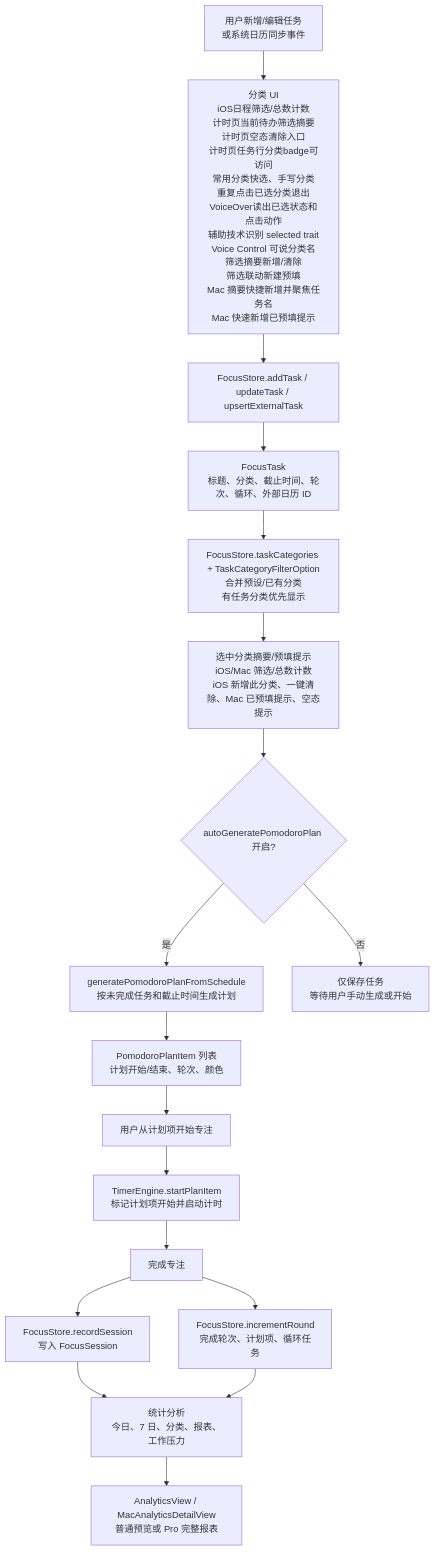
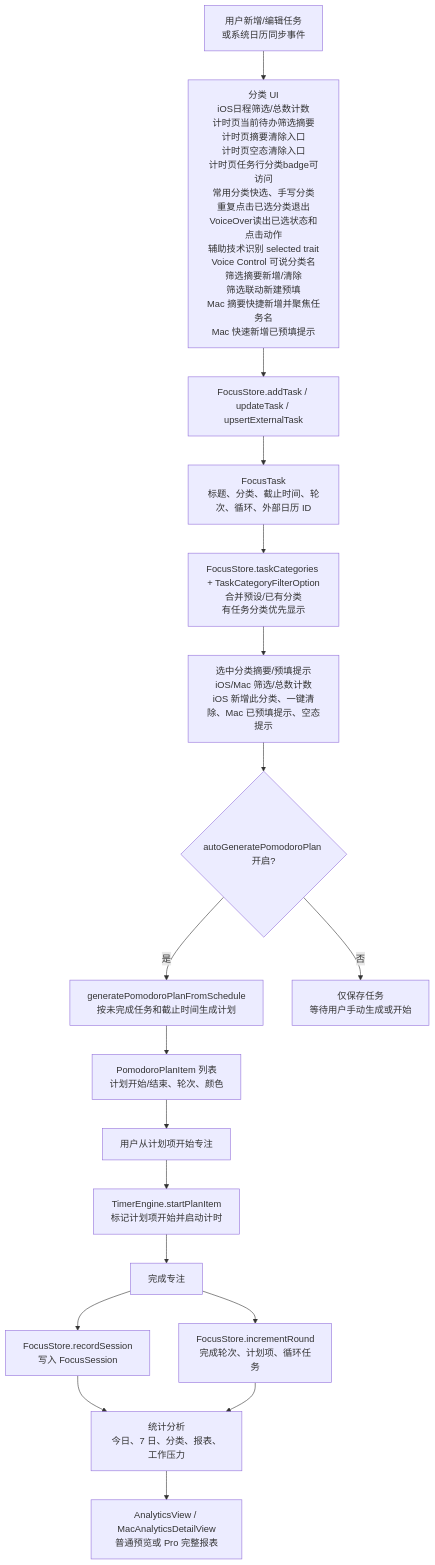
Before and after one commit to Altman-sam114/114: the third of 6 diagrams in md/flow/flowchart.md, drawn with Mermaid. The commit also changed other lines of this file and 7 other files, not shown here.

````diff
--- a/md/flow/flowchart.md
+++ b/md/flow/flowchart.md
@@ -63,20 +63,20 @@
 ```mermaid
 flowchart TD
-  A["用户新增/编辑任务<br/>或系统日历同步事件"] --> P0["分类 UI<br/>iOS日程筛选/总数计数<br/>计时页当前待办筛选摘要<br/>计时页空态清除入口<br/>计时页任务行分类badge可访问<br/>常用分类快选、手写分类<br/>重复点击已选分类退出<br/>VoiceOver读出已选状态和点击动作<br/>辅助技术识别 selected trait<br/>Voice Control 可说分类名<br/>筛选摘要新增/清除<br/>筛选联动新建预填<br/>Mac 摘要快捷新增并聚焦任务名<br/>Mac 快速新增已预填提示"]
+  A["用户新增/编辑任务<br/>或系统日历同步事件"] --> P0["分类 UI<br/>iOS日程筛选/总数计数<br/>计时页当前待办筛选摘要<br/>计时页摘要清除入口<br/>计时页空态清除入口<br/>计时页任务行分类badge可访问<br/>常用分类快选、手写分类<br/>重复点击已选分类退出<br/>VoiceOver读出已选状态和点击动作<br/>辅助技术识别 selected trait<br/>Voice Control 可说分类名<br/>筛选摘要新增/清除<br/>筛选联动新建预填<br/>Mac 摘要快捷新增并聚焦任务名<br/>Mac 快速新增已预填提示"]
   P0 --> B["FocusStore.addTask / updateTask / upsertExternalTask"]
   B --> C["FocusTask<br/>标题、分类、截止时间、轮次、循环、外部日历 ID"]
   C --> C2["FocusStore.taskCategories + TaskCategoryFilterOption<br/>合并预设/已有分类<br/>有任务分类优先显示"]
   C2 --> C3["选中分类摘要/预填提示<br/>iOS/Mac 筛选/总数计数<br/>iOS 新增此分类、一键清除、Mac 已预填提示、空态提示"]
   C3 --> D{"autoGeneratePomodoroPlan 开启?"}
   D -->|是| E["generatePomodoroPlanFromSchedule<br/>按未完成任务和截止时间生成计划"]
   D -->|否| F["仅保存任务<br/>等待用户手动生成或开始"]
   E --> G["PomodoroPlanItem 列表<br/>计划开始/结束、轮次、颜色"]
   G --> H["用户从计划项开始专注"]
   H --> I["TimerEngine.startPlanItem<br/>标记计划项开始并启动计时"]
   I --> J["完成专注"]
   J --> K["FocusStore.incrementRound<br/>完成轮次、计划项、循环任务"]
   J --> L["FocusStore.recordSession<br/>写入 FocusSession"]
   L --> M["统计分析<br/>今日、7 日、分类、报表、工作压力"]
   K --> M
   M --> N["AnalyticsView / MacAnalyticsDetailView<br/>普通预览或 Pro 完整报表"]
 ```
````
